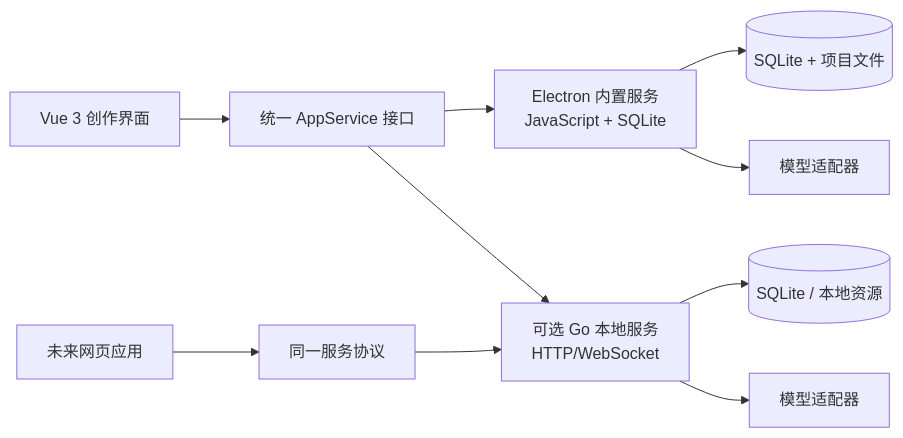
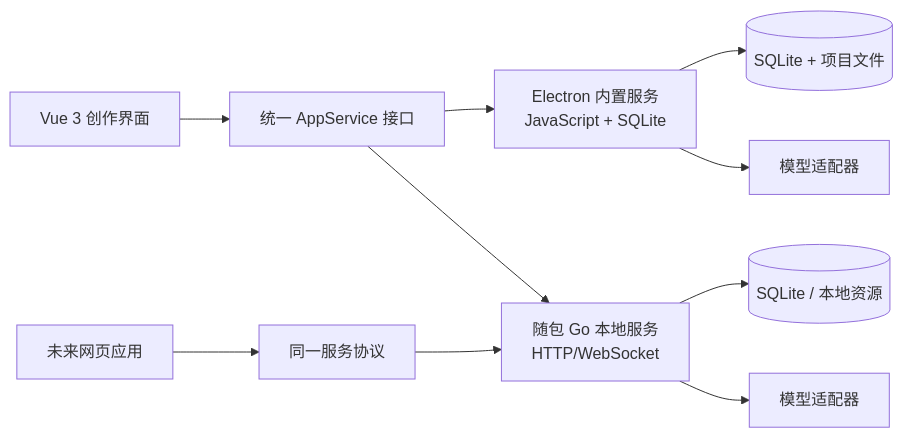
Before and after one commit to qimiaojiyihou/novel-studio: the diagram in PROJECT_PLAN.md, drawn with Mermaid. The commit also changed other lines of this file, not shown here.

Commit message:
docs: finalize editor and model provider architecture

````diff
--- a/PROJECT_PLAN.md
+++ b/PROJECT_PLAN.md
@@ -104,12 +104,12 @@
 ```mermaid
 flowchart LR
     UI[Vue 3 创作界面] --> PORT[统一 AppService 接口]
     PORT --> EMBED[Electron 内置服务\nJavaScript + SQLite]
-    PORT --> GOSVC[可选 Go 本地服务\nHTTP/WebSocket]
+    PORT --> GOSVC[随包 Go 本地服务\nHTTP/WebSocket]
     EMBED --> STORE[(SQLite + 项目文件)]
     GOSVC --> STORE2[(SQLite / 本地资源)]
     EMBED --> MODELS[模型适配器]
     GOSVC --> MODELS2[模型适配器]
     WEB[未来网页应用] --> API[同一服务协议]
     API --> GOSVC
 ```
````
